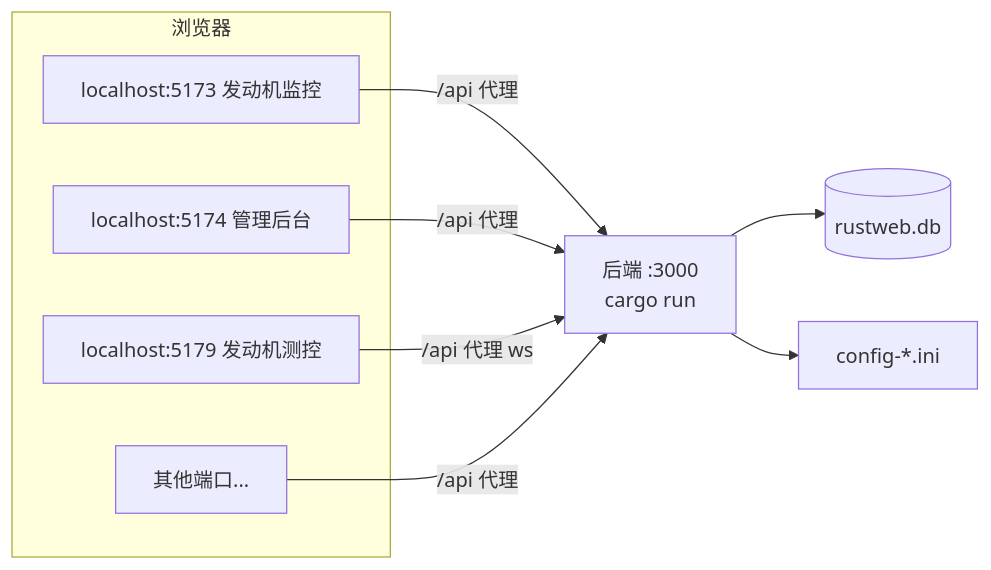
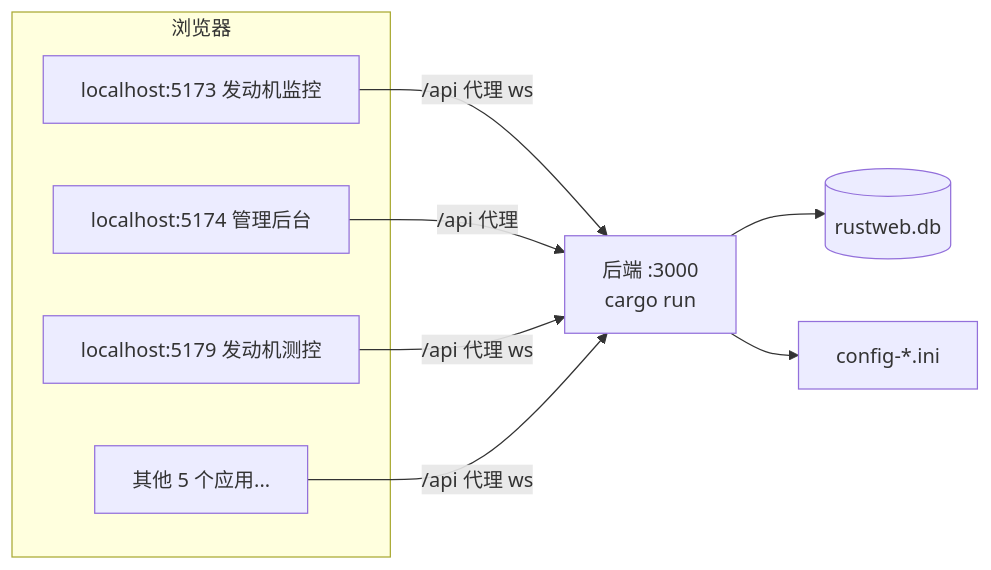
The first of 2 diagrams in docs/tutorial/07-使用与维护手册.md (3123958139/RustWeb-Vue), drawn with Mermaid before and after one commit. The commit also changed other lines of this file and 8 other files, not shown here.

````diff
--- a/docs/tutorial/07-使用与维护手册.md
+++ b/docs/tutorial/07-使用与维护手册.md
@@ -118,15 +146,15 @@
 ```mermaid
 flowchart LR
     subgraph 浏览器
         B1[localhost:5173 发动机监控]
         B2[localhost:5174 管理后台]
         B3[localhost:5179 发动机测控]
-        B4[其他端口...]
+        B4[其他 5 个应用...]
     end
-    B1 -->|/api 代理| S[后端 :3000<br/>cargo run]
+    B1 -->|/api 代理 ws| S[后端 :3000<br/>cargo run]
     B2 -->|/api 代理| S
     B3 -->|/api 代理 ws| S
-    B4 -->|/api 代理| S
+    B4 -->|/api 代理 ws| S
     S --> DB[(rustweb.db)]
     S --> INI[config-*.ini]
 ```
````
